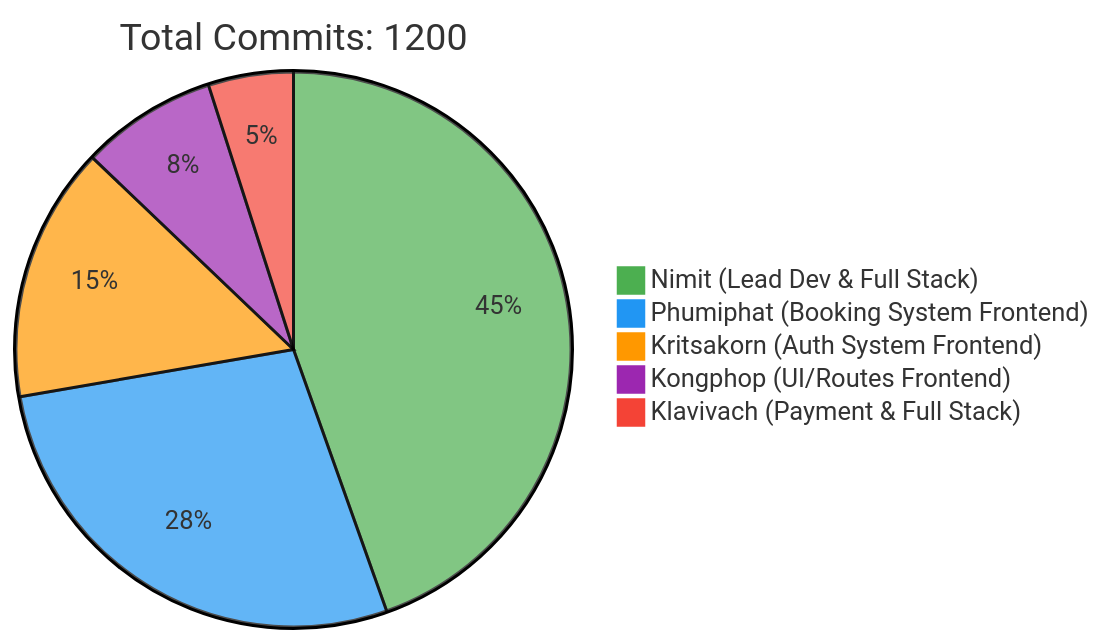
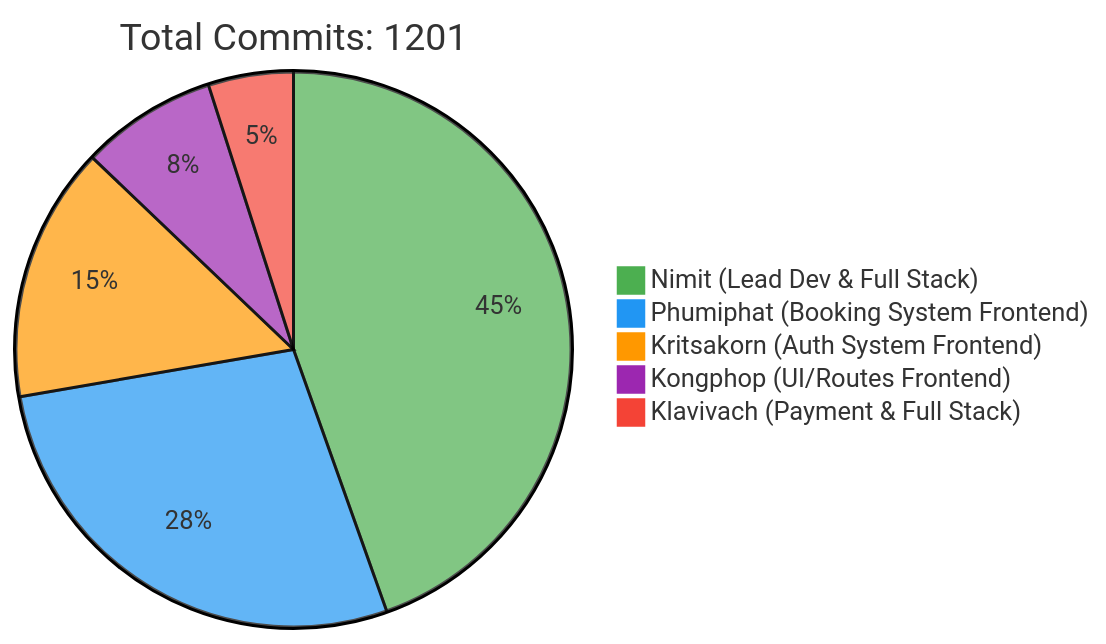
Before and after one commit to 6531503042/Sport-Complex: the first of 2 diagrams in README.md, drawn with Mermaid. The commit also changed other lines of this file, not shown here.

Commit message:
docs: Update contributor statistics [skip ci]

````diff
--- a/README.md
+++ b/README.md
@@ -257,10 +257,10 @@
 ```mermaid
 %%{init: {'theme': 'base', 'themeVariables': { 'pie1': '#4CAF50', 'pie2': '#2196F3', 'pie3': '#FF9800', 'pie4': '#9C27B0', 'pie5': '#F44336'}}}%%
 pie
-    title Total Commits: 1200
+    title Total Commits: 1201
     "Nimit (Lead Dev & Full Stack)" : 450
     "Phumiphat (Booking System Frontend)" : 280
     "Kritsakorn (Auth System Frontend)" : 150
     "Kongphop (UI/Routes Frontend)" : 80
     "Klavivach (Payment & Full Stack)" : 50
 ```
````
